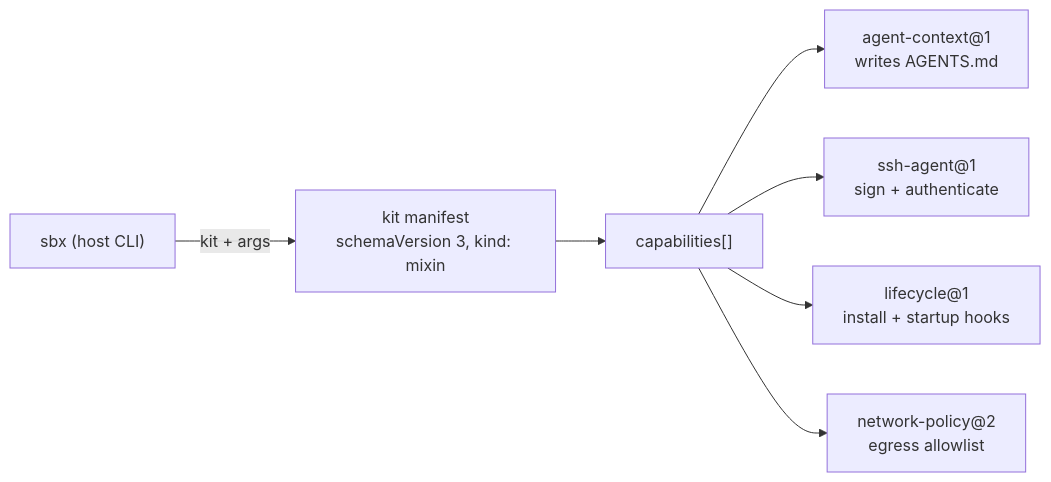
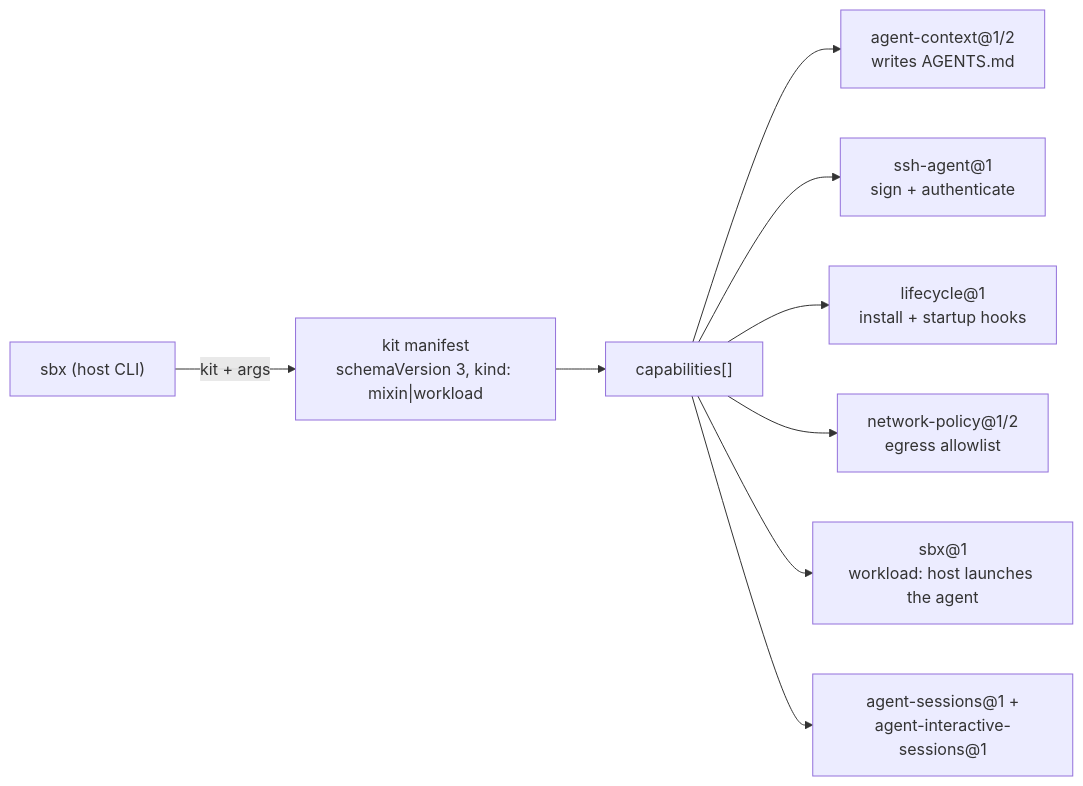
The diagram in .lode/kits/summary.md (dirkgroot/docker-sbx-kits), drawn with Mermaid before and after one commit. The commit also changed other lines of this file and 8 other files, not shown here.

First line of the commit message:
Add pi workload kit: Pi (pi.dev) as the sandbox's agent

````diff
--- a/.lode/kits/summary.md
+++ b/.lode/kits/summary.md
@@ -15,9 +17,11 @@
 ```mermaid
 flowchart LR
-    user["sbx (host CLI)"] -->|"kit + args"| manifest["kit manifest<br/>schemaVersion 3, kind: mixin"]
+    user["sbx (host CLI)"] -->|"kit + args"| manifest["kit manifest<br/>schemaVersion 3, kind: mixin|workload"]
     manifest --> caps["capabilities[]"]
-    caps --> ac["agent-context@1<br/>writes AGENTS.md"]
+    caps --> ac["agent-context@1/2<br/>writes AGENTS.md"]
     caps --> ssh["ssh-agent@1<br/>sign + authenticate"]
     caps --> life["lifecycle@1<br/>install + startup hooks"]
-    caps --> net["network-policy@2<br/>egress allowlist"]
+    caps --> net["network-policy@1/2<br/>egress allowlist"]
+    caps --> sbx["sbx@1<br/>workload: host launches the agent"]
+    caps --> sess["agent-sessions@1 +<br/>agent-interactive-sessions@1"]
 ```
````
